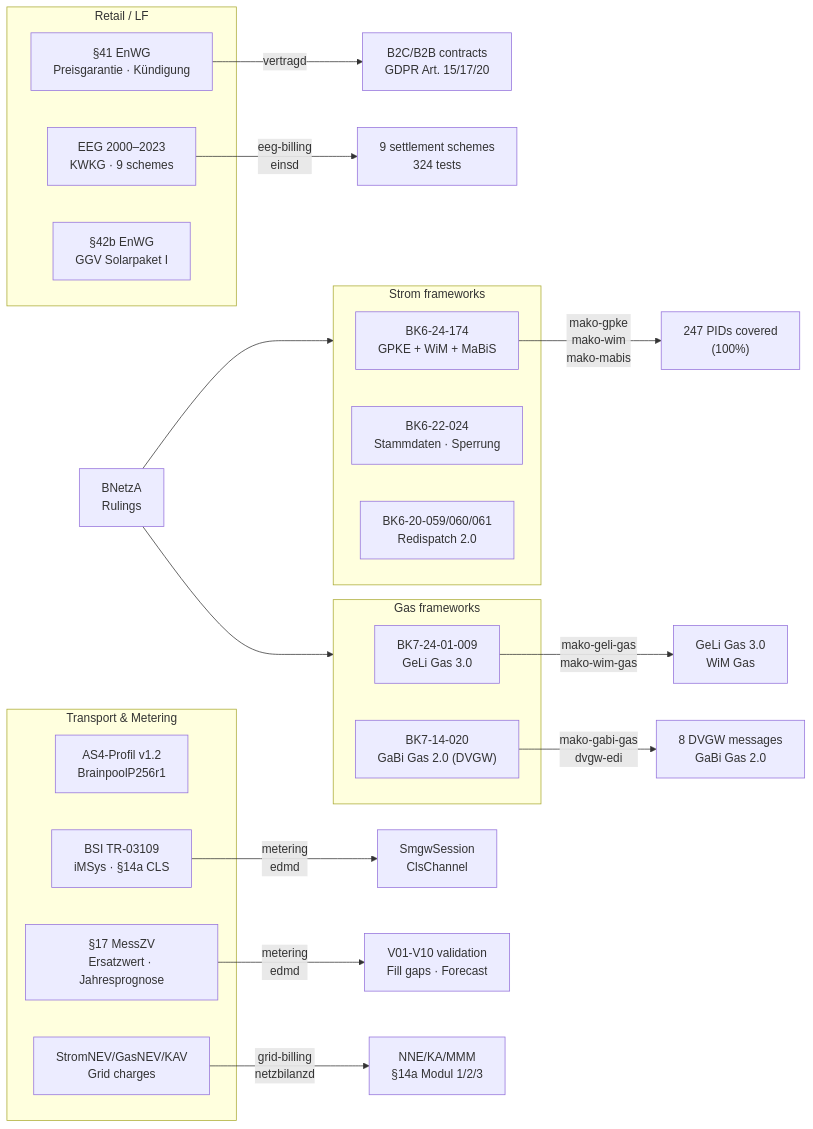
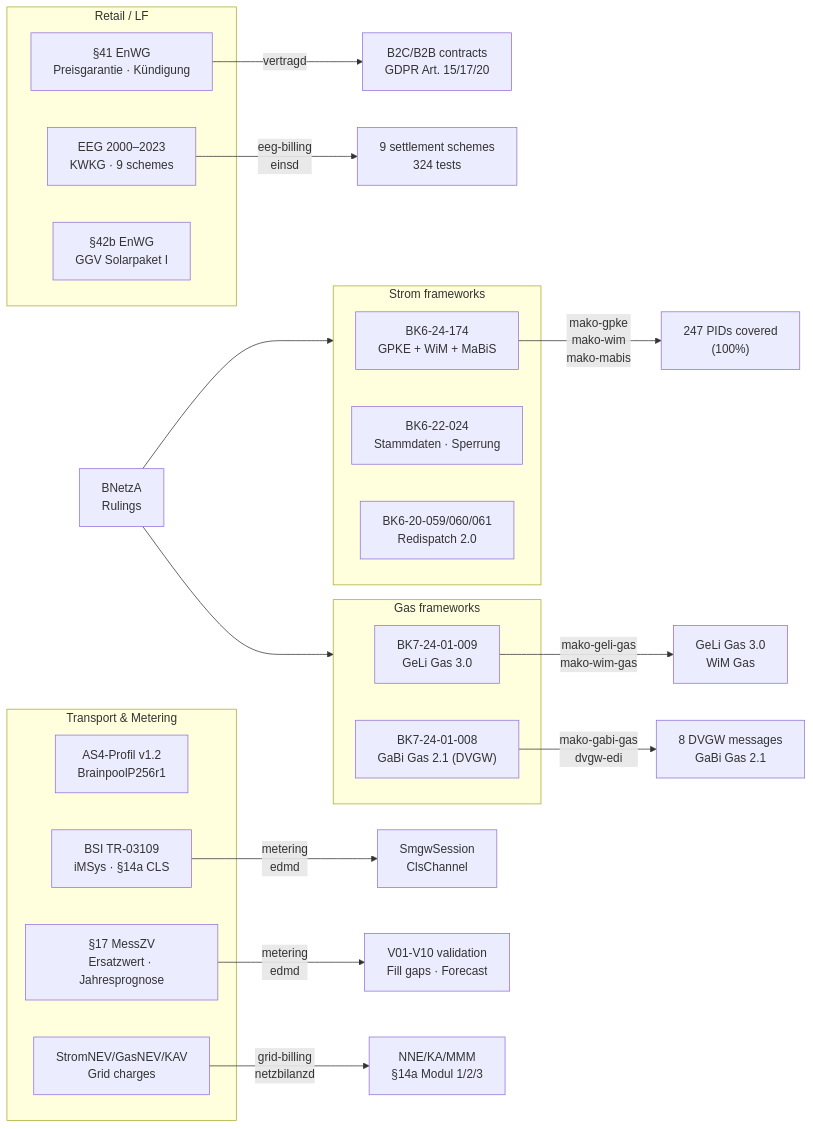
Before and after one commit to hupe1980/mako: the diagram in docs/regulatory.md, drawn with Mermaid. The commit also changed other lines of this file and 119 other files, not shown here.

````diff
--- a/docs/regulatory.md
+++ b/docs/regulatory.md
@@ -29,40 +29,40 @@
 ```mermaid
 graph LR
     BNetzA["BNetzA\nRulings"]
 
     subgraph strom ["Strom frameworks"]
         BK6_24["BK6-24-174\nGPKE + WiM + MaBiS"]
         BK6_22["BK6-22-024\nStammdaten · Sperrung"]
         BK6_20["BK6-20-059/060/061\nRedispatch 2.0"]
     end
 
     subgraph gas ["Gas frameworks"]
         BK7_24["BK7-24-01-009\nGeLi Gas 3.0"]
-        BK7_14["BK7-14-020\nGaBi Gas 2.0 (DVGW)"]
+        BK7_14["BK7-24-01-008\nGaBi Gas 2.1 (DVGW)"]
     end
 
     subgraph retail ["Retail / LF"]
         ENW41["§41 EnWG\nPreisgarantie · Kündigung"]
         EEG["EEG 2000–2023\nKWKG · 9 schemes"]
         SOLA["§42b EnWG\nGGV Solarpaket I"]
     end
 
     subgraph transport ["Transport & Metering"]
         AS4["AS4-Profil v1.2\nBrainpoolP256r1"]
         BSI["BSI TR-03109\niMSys · §14a CLS"]
         MessZV["§17 MessZV\nErsatzwert · Jahresprognose"]
         NNNEV["StromNEV/GasNEV/KAV\nGrid charges"]
     end
 
     BNetzA --> strom
     BNetzA --> gas
 
     BK6_24 -->|"mako-gpke\nmako-wim\nmako-mabis"| GPKE_impl["247 PIDs covered\n(100%)"]
     BK7_24 -->|"mako-geli-gas\nmako-wim-gas"| GAS_impl["GeLi Gas 3.0\nWiM Gas"]
-    BK7_14 -->|"mako-gabi-gas\ndvgw-edi"| DVGW_impl["8 DVGW messages\nGaBi Gas 2.0"]
+    BK7_14 -->|"mako-gabi-gas\ndvgw-edi"| DVGW_impl["8 DVGW messages\nGaBi Gas 2.1"]
     ENW41 -->|"vertragd"| LF_impl["B2C/B2B contracts\nGDPR Art. 15/17/20"]
     EEG -->|"eeg-billing\neinsd"| EEG_impl["9 settlement schemes\n324 tests"]
     BSI -->|"metering\nedmd"| IOT_impl["SmgwSession\nClsChannel"]
     MessZV -->|"metering\nedmd"| SUB_impl["V01-V10 validation\nFill gaps · Forecast"]
     NNNEV -->|"grid-billing\nnetzbilanzd"| NNE_impl["NNE/KA/MMM\n§14a Modul 1/2/3"]
 ```
````
